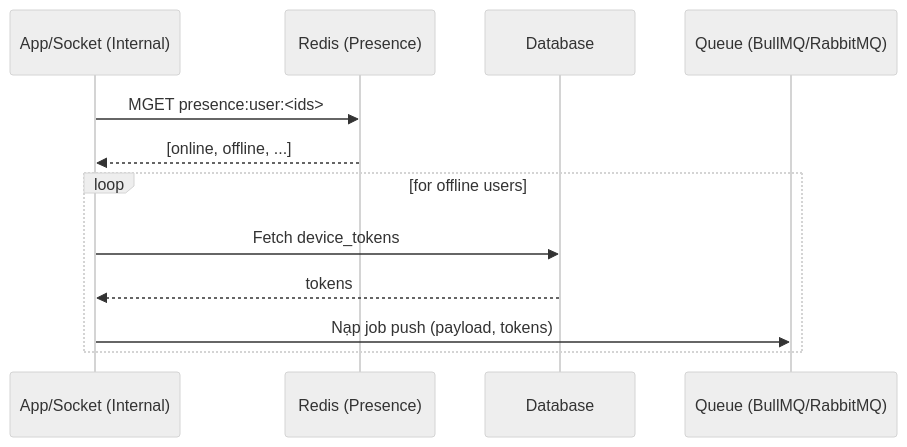
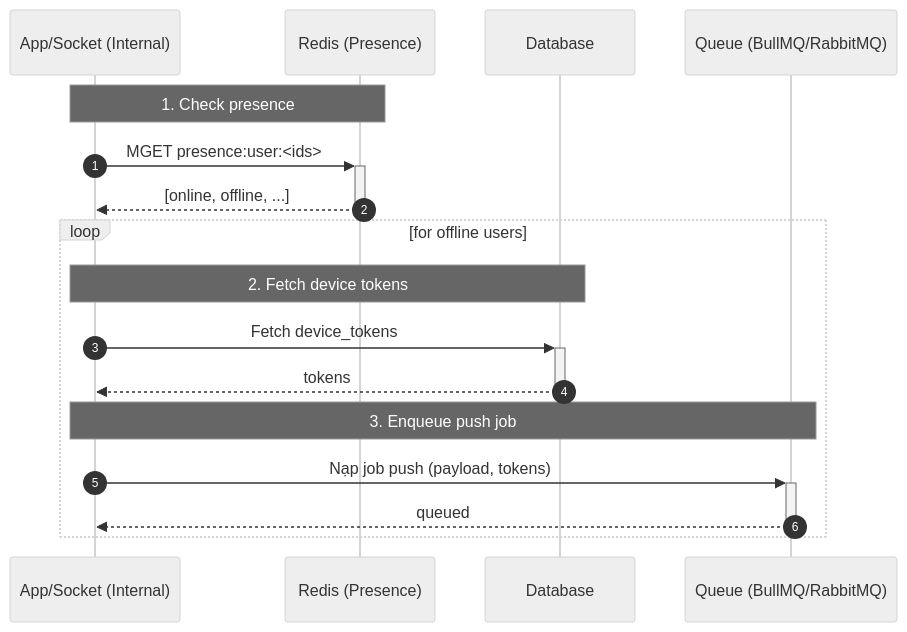
One commit to dinhhoang235/Chat-App changed the second of 3 diagrams in docs/notifications.md. Above: the diagram before and after it, drawn with Mermaid (neutral theme). The commit also changed other lines of this file and 12 other files, not shown here.

Commit message:
docs: enhance sequence diagrams with detailed notes for various features

````diff
--- a/docs/notifications.md
+++ b/docs/notifications.md
@@ -39,15 +45,20 @@
 ```mermaid
 sequenceDiagram
+  autonumber
   participant Event as App/Socket (Internal)
   participant R as Redis (Presence)
   participant DB as Database
   participant Q as Queue (BullMQ/RabbitMQ)
 
-  Event->>R: MGET presence:user:<ids>
-  R-->>Event: [online, offline, ...]
+  Note over Event,R: 1. Check presence
+  Event->>+R: MGET presence:user:<ids>
+  R-->>-Event: [online, offline, ...]
   loop for offline users
-    Event->>DB: Fetch device_tokens
-    DB-->>Event: tokens
-    Event->>Q: Nạp job push (payload, tokens)
+    Note over Event,DB: 2. Fetch device tokens
+    Event->>+DB: Fetch device_tokens
+    DB-->>-Event: tokens
+    Note over Event,Q: 3. Enqueue push job
+    Event->>+Q: Nạp job push (payload, tokens)
+    Q-->>-Event: queued
   end
 ```
````
